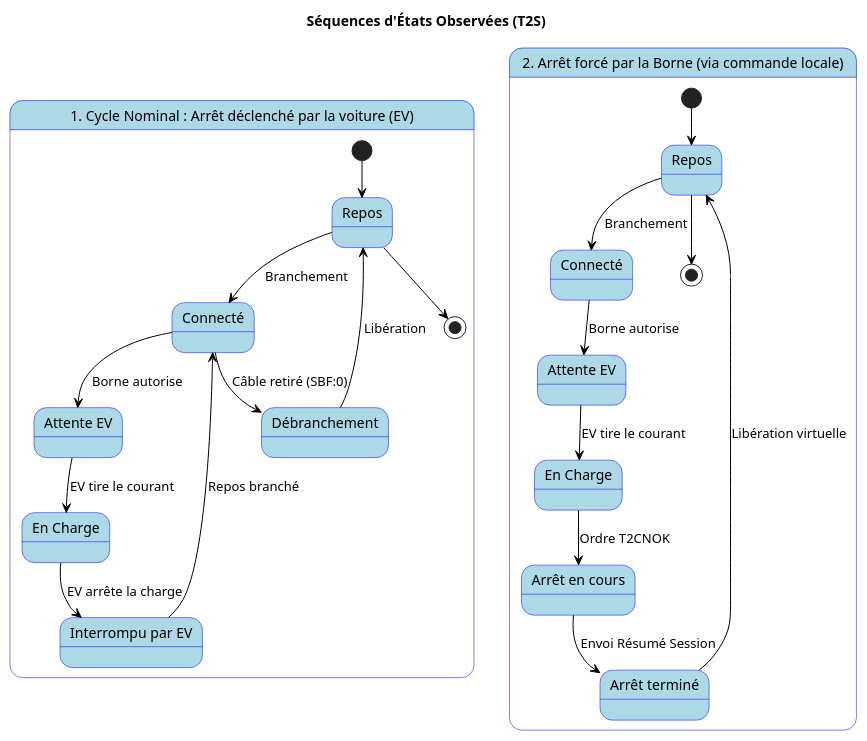
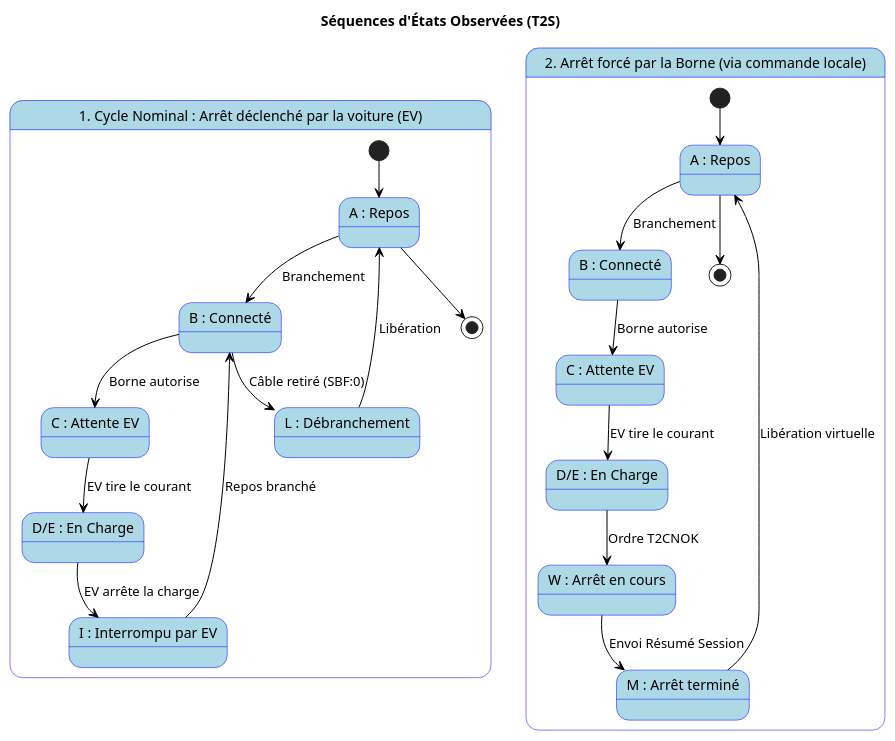
Before and after one commit to BolzaW/greenup-link: the diagram in docs/SEQUENCES_ETATS.puml, drawn with PlantUML.

Commit message:
docs: add explicit state letters to PlantUML diagram boxes

```diff
--- a/docs/SEQUENCES_ETATS.puml
+++ b/docs/SEQUENCES_ETATS.puml
@@ -1,46 +1,46 @@
 @startuml
 title Séquences d'États Observées (T2S)
 
 skinparam state {
   BackgroundColor LightBlue
   BorderColor Blue
   ArrowColor Black
 }
 
 state "1. Cycle Nominal : Arrêt déclenché par la voiture (EV)" as CycleNominal {
-  state "Repos" as A1
-  state "Connecté" as B1
-  state "Attente EV" as C1
-  state "En Charge" as DE1
-  state "Interrompu par EV" as I1
-  state "Débranchement" as L1
+  state "A : Repos" as A1
+  state "B : Connecté" as B1
+  state "C : Attente EV" as C1
+  state "D/E : En Charge" as DE1
+  state "I : Interrompu par EV" as I1
+  state "L : Débranchement" as L1
 
   [*] --> A1
   A1 --> B1 : Branchement
   B1 --> C1 : Borne autorise
   C1 --> DE1 : EV tire le courant
   DE1 --> I1 : EV arrête la charge
   I1 --> B1 : Repos branché
   B1 --> L1 : Câble retiré (SBF:0)
   L1 --> A1 : Libération
   A1 --> [*]
 }
 
 state "2. Arrêt forcé par la Borne (via commande locale)" as CycleForce {
-  state "Repos" as A2
-  state "Connecté" as B2
-  state "Attente EV" as C2
-  state "En Charge" as DE2
-  state "Arrêt en cours" as W2
-  state "Arrêt terminé" as M2
+  state "A : Repos" as A2
+  state "B : Connecté" as B2
+  state "C : Attente EV" as C2
+  state "D/E : En Charge" as DE2
+  state "W : Arrêt en cours" as W2
+  state "M : Arrêt terminé" as M2
 
   [*] --> A2
   A2 --> B2 : Branchement
   B2 --> C2 : Borne autorise
   C2 --> DE2 : EV tire le courant
   DE2 --> W2 : Ordre T2CNOK
   W2 --> M2 : Envoi Résumé Session
   M2 --> A2 : Libération virtuelle
   A2 --> [*]
 }
 @enduml
```
